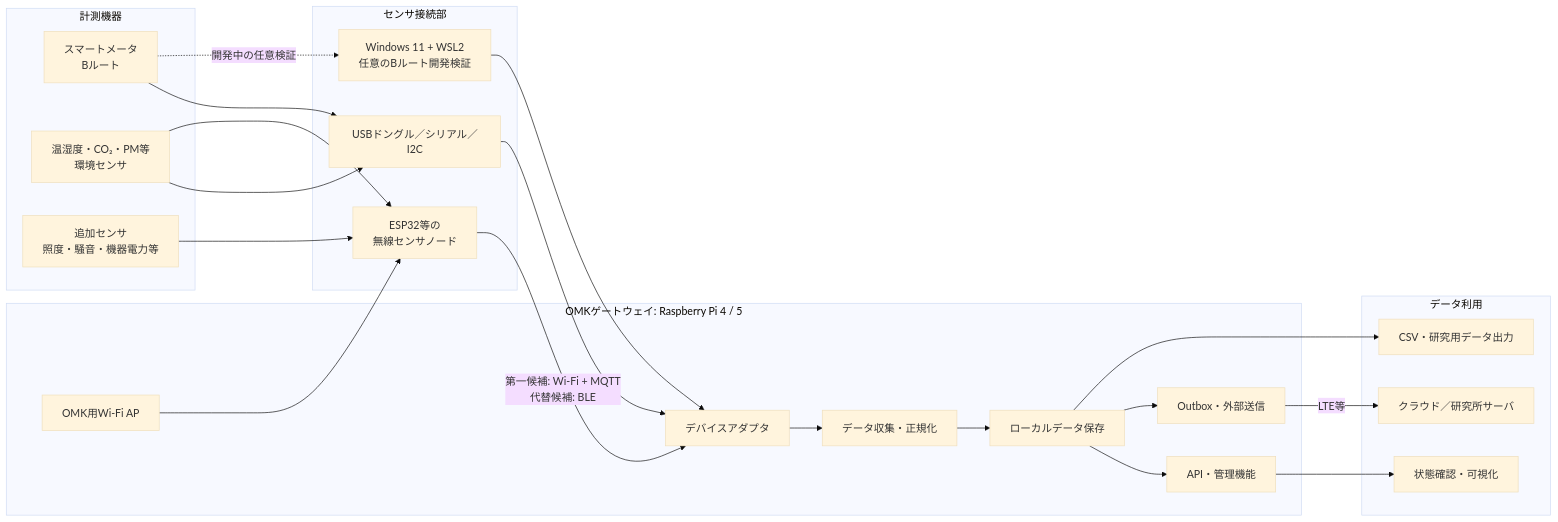
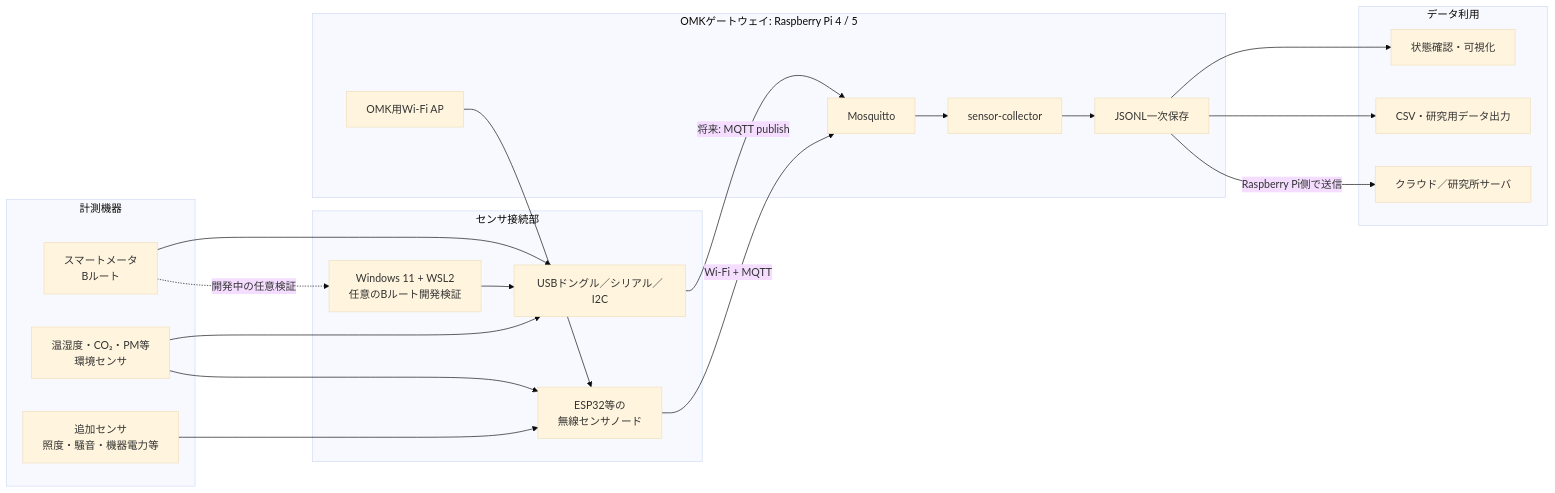
One commit to shattori-criepi/omk changed the first of 2 diagrams in docs/project-overview.md. Above: the diagram before and after it, drawn with Mermaid (base theme). The commit also changed other lines of this file and 13 other files, not shown here.

Commit message:
feat: add generic MQTT sensor collector

````diff
--- a/docs/project-overview.md
+++ b/docs/project-overview.md
@@ -125,46 +131,41 @@
 ```mermaid
 flowchart LR
     subgraph Sensors["計測機器"]
         BR["スマートメータ<br/>Bルート"]
         ENV["温湿度・CO₂・PM等<br/>環境センサ"]
         OPT["追加センサ<br/>照度・騒音・機器電力等"]
     end
 
     subgraph Nodes["センサ接続部"]
         USB["USBドングル／シリアル／I2C"]
         ESP["ESP32等の<br/>無線センサノード"]
         WIN["Windows 11 + WSL2<br/>任意のBルート開発検証"]
     end
 
     subgraph Gateway["OMKゲートウェイ: Raspberry Pi 4 / 5"]
         AP["OMK用Wi-Fi AP"]
-        ADP["デバイスアダプタ"]
-        CORE["データ収集・正規化"]
-        DB["ローカルデータ保存"]
-        API["API・管理機能"]
-        SYNC["Outbox・外部送信"]
+        MQTT["Mosquitto"]
+        COL["sensor-collector"]
+        JSONL["JSONL一次保存"]
     end
 
     subgraph Use["データ利用"]
         DASH["状態確認・可視化"]
         CLOUD["クラウド／研究所サーバ"]
         EXPORT["CSV・研究用データ出力"]
     end
 
     BR --> USB
     BR -. 開発中の任意検証 .-> WIN
     ENV --> USB
     ENV --> ESP
     OPT --> ESP
-    WIN --> ADP
-    USB --> ADP
-    ESP -->|第一候補: Wi-Fi + MQTT<br/>代替候補: BLE| ADP
+    WIN --> USB
+    USB -->|将来: MQTT publish| MQTT
+    ESP -->|Wi-Fi + MQTT| MQTT
     AP --> ESP
-    ADP --> CORE
-    CORE --> DB
-    DB --> API
-    DB --> SYNC
-    API --> DASH
-    SYNC -->|LTE等| CLOUD
-    DB --> EXPORT
+    MQTT --> COL --> JSONL
+    JSONL --> DASH
+    JSONL --> EXPORT
+    JSONL -->|Raspberry Pi側で送信| CLOUD
 ```
````
